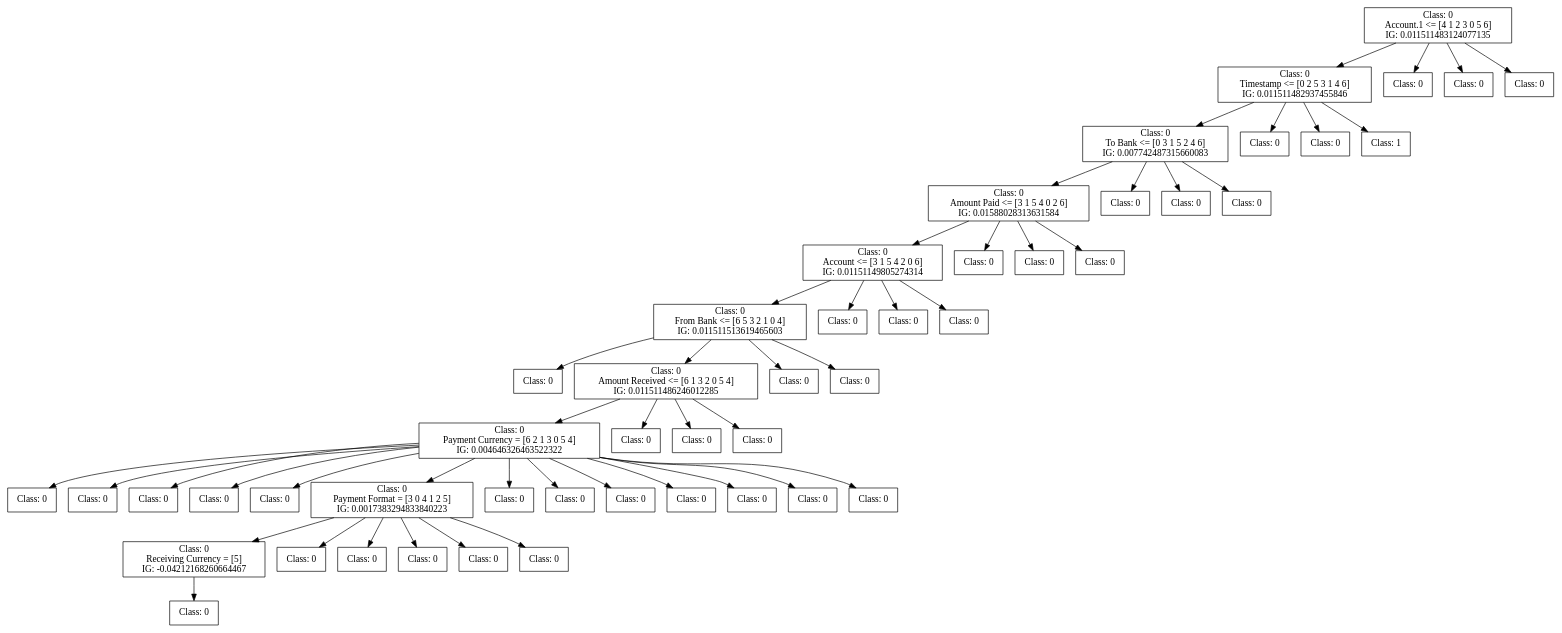
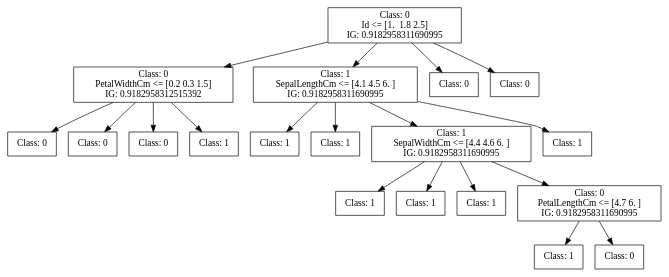
One commit to FedericoBruzzone/anti-money-laundering changed the diagram in dot_figs/tree-id3.dot. Above: the diagram before and after it, drawn with Graphviz. The commit also changed 19 other files, not shown here.

```diff
--- a/dot_figs/tree-id3.dot
+++ b/dot_figs/tree-id3.dot
@@ -1,160 +1,65 @@
 digraph DecisionTree {
 	rankdir=TD;
 	node [shape=box];
-	140614515142672 [label="Class: 0
-Account.1 <= [4 1 2 3 0 5 6]
-IG: 0.011511483124077135"];
-	140611517174480 [label="Class: 0
-Timestamp <= [0 2 5 3 1 4 6]
-IG: 0.011511482937455846"];
-	140614515142672 -> 140611517174480;
-	140611517174432 [label="Class: 0
-To Bank <= [0 3 1 5 2 4 6]
-IG: 0.007742487315660083"];
-	140611517174480 -> 140611517174432;
-	140611517175632 [label="Class: 0
-Amount Paid <= [3 1 5 4 0 2 6]
-IG: 0.01588028313631584"];
-	140611517174432 -> 140611517175632;
-	140611517173328 [label="Class: 0
-Account <= [3 1 5 4 2 0 6]
-IG: 0.01151149805274314"];
-	140611517175632 -> 140611517173328;
-	140611517175680 [label="Class: 0
-From Bank <= [6 5 3 2 1 0 4]
-IG: 0.011511513619465603"];
-	140611517173328 -> 140611517175680;
-	140611517178944 [label="Class: 0
+	140364819165728 [label="Class: 0
+Id <= [1.  1.8 2.5]
+IG: 0.9182958311690995"];
+	140364819038160 [label="Class: 0
+PetalWidthCm <= [0.2 0.3 1.5]
+IG: 0.9182958312515392"];
+	140364819165728 -> 140364819038160;
+	140364819031392 [label="Class: 0
 "];
-	140611517175680 -> 140611517178944;
-	140611517175056 [label="Class: 0
-Amount Received <= [6 1 3 2 0 5 4]
-IG: 0.011511486246012285"];
-	140611517175680 -> 140611517175056;
-	140611517179376 [label="Class: 0
-Payment Currency = [6 2 1 3 0 5 4]
-IG: 0.004646326463522322"];
-	140611517175056 -> 140611517179376;
-	140611517172848 [label="Class: 0
+	140364819038160 -> 140364819031392;
+	140364819033552 [label="Class: 0
 "];
-	140611517179376 -> 140611517172848;
-	140611517173712 [label="Class: 0
+	140364819038160 -> 140364819033552;
+	140364819024480 [label="Class: 0
 "];
-	140611517179376 -> 140611517173712;
-	140611517178032 [label="Class: 0
+	140364819038160 -> 140364819024480;
+	140364819033360 [label="Class: 1
 "];
-	140611517179376 -> 140611517178032;
-	140611517174096 [label="Class: 0
+	140364819038160 -> 140364819033360;
+	140364819037824 [label="Class: 1
+SepalLengthCm <= [4.1 4.5 6. ]
+IG: 0.9182958311690995"];
+	140364819165728 -> 140364819037824;
+	140364819255536 [label="Class: 1
 "];
-	140611517179376 -> 140611517174096;
-	140611517178272 [label="Class: 0
+	140364819037824 -> 140364819255536;
+	140364819257312 [label="Class: 1
 "];
-	140611517179376 -> 140611517178272;
-	140611517177024 [label="Class: 0
-Payment Format = [3 0 4 1 2 5]
-IG: 0.0017383294833840223"];
-	140611517179376 -> 140611517177024;
-	140611517178560 [label="Class: 0
-Receiving Currency = [5]
-IG: -0.04212168260664467"];
-	140611517177024 -> 140611517178560;
-	140611517180384 [label="Class: 0
+	140364819037824 -> 140364819257312;
+	140364819255968 [label="Class: 1
+SepalWidthCm <= [4.4 4.6 6. ]
+IG: 0.9182958311690995"];
+	140364819037824 -> 140364819255968;
+	140364819258800 [label="Class: 1
 "];
-	140611517178560 -> 140611517180384;
-	140611517176832 [label="Class: 0
+	140364819255968 -> 140364819258800;
+	140364819258656 [label="Class: 1
 "];
-	140611517177024 -> 140611517176832;
-	140611517172224 [label="Class: 0
+	140364819255968 -> 140364819258656;
+	140364819251264 [label="Class: 1
 "];
-	140611517177024 -> 140611517172224;
-	140611517177648 [label="Class: 0
+	140364819255968 -> 140364819251264;
+	140364819258176 [label="Class: 0
+PetalLengthCm <= [4.7 6. ]
+IG: 0.9182958311690995"];
+	140364819255968 -> 140364819258176;
+	140364819254768 [label="Class: 1
 "];
-	140611517177024 -> 140611517177648;
-	140611517179616 [label="Class: 0
+	140364819258176 -> 140364819254768;
+	140364819259760 [label="Class: 0
 "];
-	140611517177024 -> 140611517179616;
-	140611517179040 [label="Class: 0
+	140364819258176 -> 140364819259760;
+	140364819253376 [label="Class: 1
 "];
-	140611517177024 -> 140611517179040;
-	140611517170688 [label="Class: 0
+	140364819037824 -> 140364819253376;
+	140364819027552 [label="Class: 0
 "];
-	140611517179376 -> 140611517170688;
-	140611517180048 [label="Class: 0
+	140364819165728 -> 140364819027552;
+	140364819036096 [label="Class: 0
 "];
-	140611517179376 -> 140611517180048;
-	140611517173136 [label="Class: 0
-"];
-	140611517179376 -> 140611517173136;
-	140611517179088 [label="Class: 0
-"];
-	140611517179376 -> 140611517179088;
-	140611517177744 [label="Class: 0
-"];
-	140611517179376 -> 140611517177744;
-	140611517178752 [label="Class: 0
-"];
-	140611517179376 -> 140611517178752;
-	140611517177408 [label="Class: 0
-"];
-	140611517179376 -> 140611517177408;
-	140611517176976 [label="Class: 0
-"];
-	140611517175056 -> 140611517176976;
-	140611517175104 [label="Class: 0
-"];
-	140611517175056 -> 140611517175104;
-	140611517179760 [label="Class: 0
-"];
-	140611517175056 -> 140611517179760;
-	140611517174384 [label="Class: 0
-"];
-	140611517175680 -> 140611517174384;
-	140611517172320 [label="Class: 0
-"];
-	140611517175680 -> 140611517172320;
-	140611517175488 [label="Class: 0
-"];
-	140611517173328 -> 140611517175488;
-	140611517177984 [label="Class: 0
-"];
-	140611517173328 -> 140611517177984;
-	140611517176112 [label="Class: 0
-"];
-	140611517173328 -> 140611517176112;
-	140611517176256 [label="Class: 0
-"];
-	140611517175632 -> 140611517176256;
-	140611517176688 [label="Class: 0
-"];
-	140611517175632 -> 140611517176688;
-	140611517175008 [label="Class: 0
-"];
-	140611517175632 -> 140611517175008;
-	140611517173616 [label="Class: 0
-"];
-	140611517174432 -> 140611517173616;
-	140611517176640 [label="Class: 0
-"];
-	140611517174432 -> 140611517176640;
-	140611517172992 [label="Class: 0
-"];
-	140611517174432 -> 140611517172992;
-	140611517174624 [label="Class: 0
-"];
-	140611517174480 -> 140611517174624;
-	140611517173184 [label="Class: 0
-"];
-	140611517174480 -> 140611517173184;
-	140611517171840 [label="Class: 1
-"];
-	140611517174480 -> 140611517171840;
-	140611517174336 [label="Class: 0
-"];
-	140614515142672 -> 140611517174336;
-	140611517173280 [label="Class: 0
-"];
-	140614515142672 -> 140611517173280;
-	140611517174912 [label="Class: 0
-"];
-	140614515142672 -> 140611517174912;
+	140364819165728 -> 140364819036096;
 }
```
